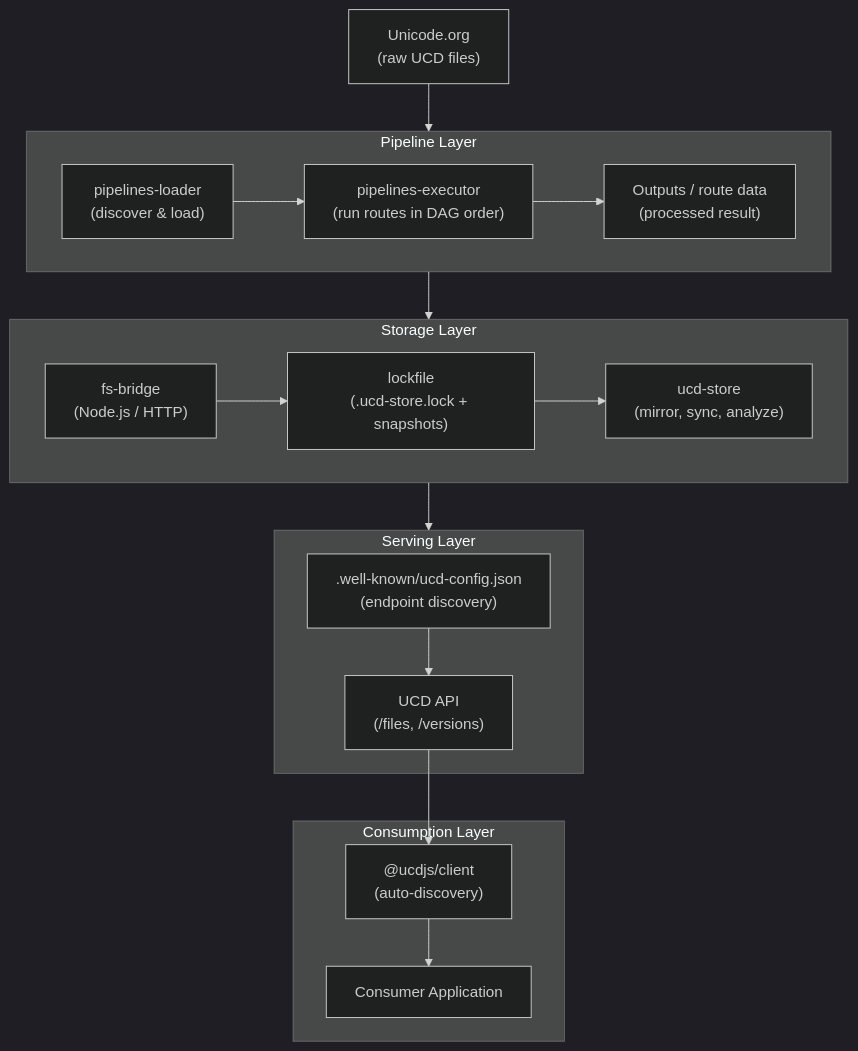
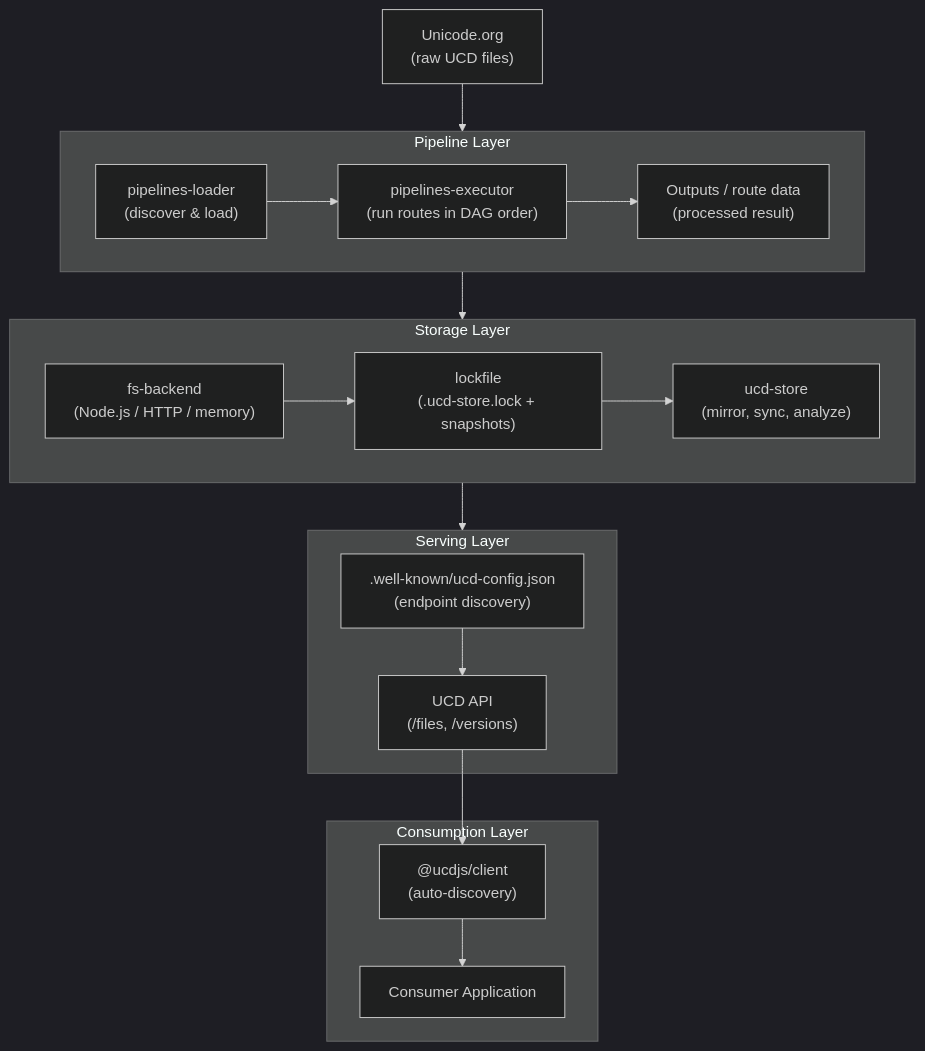
One commit to ucdjs/ucd changed the first of 3 diagrams in apps/docs/content/architecture/data-flow.mdx. Above: the diagram before and after it, drawn with Mermaid (dark theme). The commit also changed other lines of this file and 21 other files, not shown here.

````diff
--- a/apps/docs/content/architecture/data-flow.mdx
+++ b/apps/docs/content/architecture/data-flow.mdx
@@ -10,35 +10,35 @@
 ```mermaid
 flowchart TD
   U["Unicode.org\n(raw UCD files)"]
 
   subgraph Pipelines["Pipeline Layer"]
     PS["pipelines-loader\n(discover & load)"]
     PE["pipelines-executor\n(run routes in DAG order)"]
     PA["Outputs / route data\n(processed result)"]
     PS --> PE --> PA
   end
 
   subgraph Storage["Storage Layer"]
-    FB["fs-bridge\n(Node.js / HTTP)"]
+    FB["fs-backend\n(Node.js / HTTP / memory)"]
     LF["lockfile\n(.ucd-store.lock + snapshots)"]
     ST["ucd-store\n(mirror, sync, analyze)"]
     FB --> LF --> ST
   end
 
   subgraph Serving["Serving Layer"]
     WK[".well-known/ucd-config.json\n(endpoint discovery)"]
     API["UCD API\n(/files, /versions)"]
     WK --> API
   end
 
   subgraph Consumption["Consumption Layer"]
     CL["@ucdjs/client\n(auto-discovery)"]
     APP["Consumer Application"]
     CL --> APP
   end
 
   U --> Pipelines
   Pipelines --> Storage
   Storage --> Serving
   API --> CL
 ```
````
